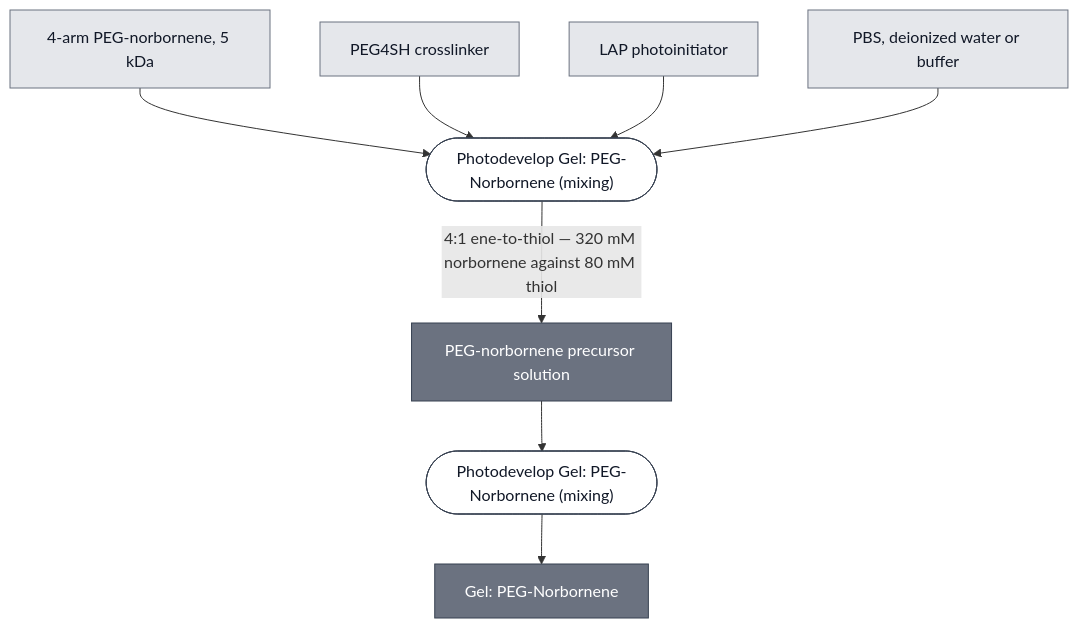
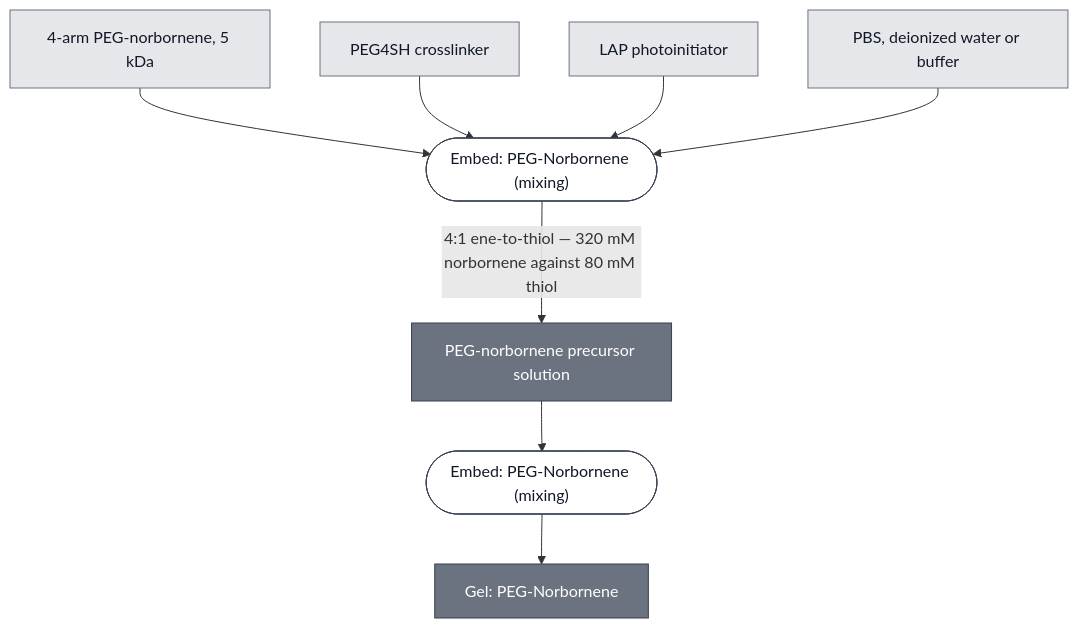
Before and after one commit to nucleus-eng/nucleus-docs: the diagram in docs/modules/gel-peg-norbornene/spec.md, drawn with Mermaid. The commit also changed other lines of this file and 15 other files, not shown here.

First line of the commit message:
The two photodevelop routes become Embed, and the pair stays parallel

````diff
--- a/docs/modules/gel-peg-norbornene/spec.md
+++ b/docs/modules/gel-peg-norbornene/spec.md
@@ -32,33 +32,33 @@
 ```mermaid
 flowchart TD
     PEG4NB["4-arm PEG-norbornene, 5 kDa"]
     PEG4SH["PEG4SH crosslinker"]
     LAP["LAP photoinitiator"]
     SOLVENT["PBS, deionized water or buffer"]
 
-    P1_ASSEMBLE_PRECURSOR_0(["Photodevelop Gel: PEG-Norbornene (mixing)"])
+    P1_ASSEMBLE_PRECURSOR_0(["Embed: PEG-Norbornene (mixing)"])
     PEG_NORBORNENE_PRECURSOR["PEG-norbornene precursor solution"]
-    P2_PHOTOPATTERN_0(["Photodevelop Gel: PEG-Norbornene (mixing)"])
+    P2_PHOTOPATTERN_0(["Embed: PEG-Norbornene (mixing)"])
     GEL_PEG_NORBORNENE["Gel: PEG-Norbornene"]
 
     PEG4NB --> P1_ASSEMBLE_PRECURSOR_0
     PEG4SH --> P1_ASSEMBLE_PRECURSOR_0
     LAP --> P1_ASSEMBLE_PRECURSOR_0
     SOLVENT --> P1_ASSEMBLE_PRECURSOR_0
     P1_ASSEMBLE_PRECURSOR_0 -->|"4:1 ene-to-thiol — 320 mM norbornene against 80 mM thiol"| PEG_NORBORNENE_PRECURSOR
 
     PEG_NORBORNENE_PRECURSOR --> P2_PHOTOPATTERN_0
     P2_PHOTOPATTERN_0 --> GEL_PEG_NORBORNENE
 
 
     classDef leaf     fill:#e5e7eb,stroke:#6b7280,color:#111827;
     classDef composed fill:#6b7280,stroke:#374151,color:#ffffff;
     classDef process  fill:#ffffff,stroke:#374151,color:#111827;
     class PEG4NB,PEG4SH,LAP,SOLVENT leaf;
     class PEG_NORBORNENE_PRECURSOR,GEL_PEG_NORBORNENE composed;
     class P1_ASSEMBLE_PRECURSOR_0,P2_PHOTOPATTERN_0 process;
 
-    click P1_ASSEMBLE_PRECURSOR_0 "/docs/processes/photodevelop-peg-norbornene/main"
-    click P2_PHOTOPATTERN_0 "/docs/processes/photodevelop-peg-norbornene/main"
+    click P1_ASSEMBLE_PRECURSOR_0 "/docs/processes/embed-peg-norbornene/main"
+    click P2_PHOTOPATTERN_0 "/docs/processes/embed-peg-norbornene/main"
     click GEL_PEG_NORBORNENE "/docs/modules/gel-peg-norbornene/spec"
 ```
````
